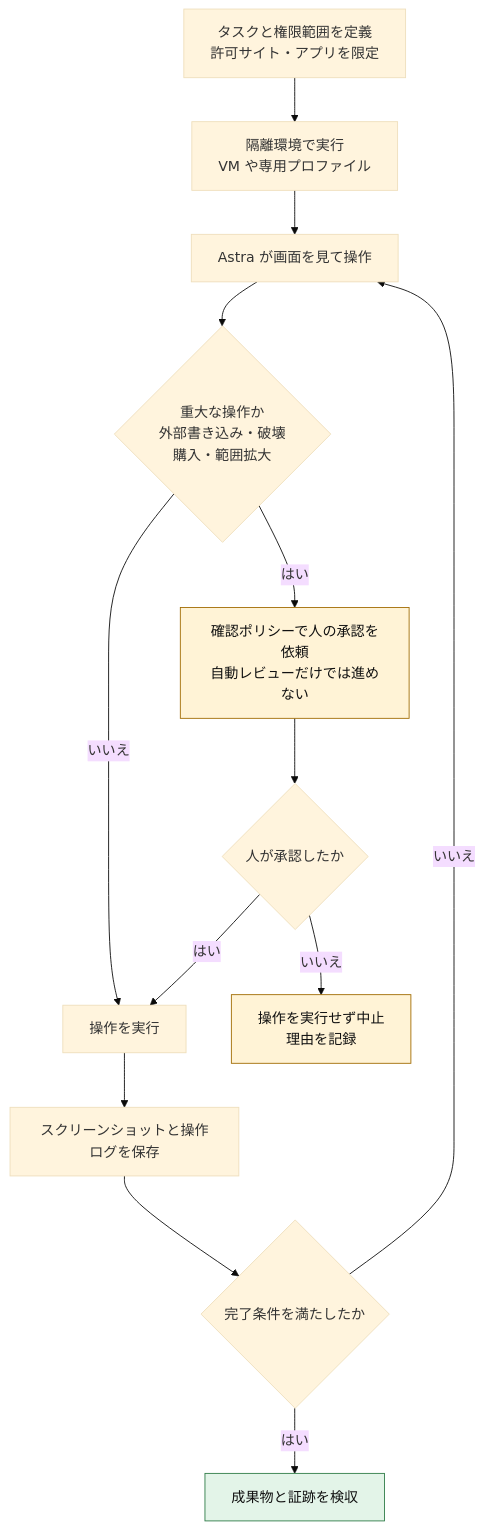
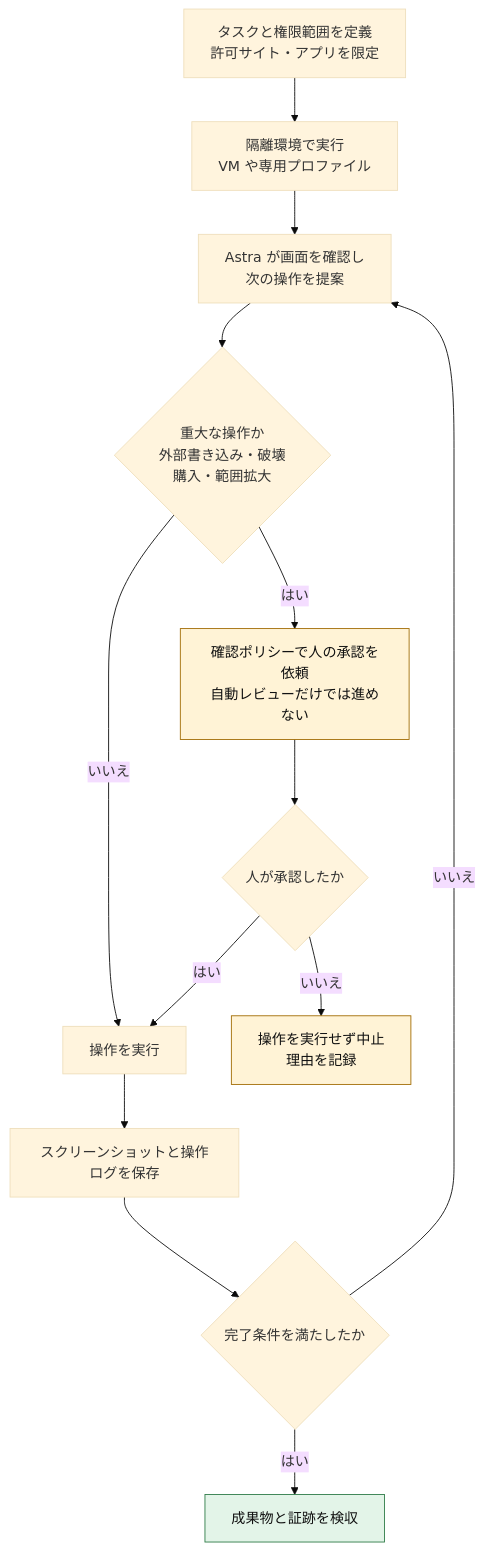
The ninth of 12 diagrams in Openai-gpt-6-astra-best-practices-guide.md (myoshi2891/Comparison-of-LLMs), drawn with Mermaid (base theme) before and after one commit. The commit also changed other lines of this file, not shown here.

Commit message:
docs(openai): clarify steering event format and refine flowcharts in Astra guide

````diff
--- a/Openai-gpt-6-astra-best-practices-guide.md
+++ b/Openai-gpt-6-astra-best-practices-guide.md
@@ -600,19 +600,19 @@
 ```mermaid
 flowchart TB
   A["タスクと権限範囲を定義<br/>許可サイト・アプリを限定"] --> B["隔離環境で実行<br/>VM や専用プロファイル"]
-  B --> C["Astra が画面を見て操作"]
+  B --> C["Astra が画面を確認し<br/>次の操作を提案"]
   C --> D{"重大な操作か<br/>外部書き込み・破壊<br/>購入・範囲拡大"}
   D -- "はい" --> E["確認ポリシーで人の承認を依頼<br/>自動レビューだけでは進めない"]
   D -- "いいえ" --> F["操作を実行"]
   E --> K{"人が承認したか"}
   K -- "はい" --> F
   K -- "いいえ" --> L["操作を実行せず中止<br/>理由を記録"]
   F --> G["スクリーンショットと操作ログを保存"]
   G --> H{"完了条件を満たしたか"}
   H -- "いいえ" --> C
   H -- "はい" --> I["成果物と証跡を検収"]
   classDef warn fill:#fff3d6,stroke:#a06a00,color:#111
   classDef ok fill:#e3f4e8,stroke:#2d7a46,color:#111
   class E,L warn
   class I ok
 ```
````
